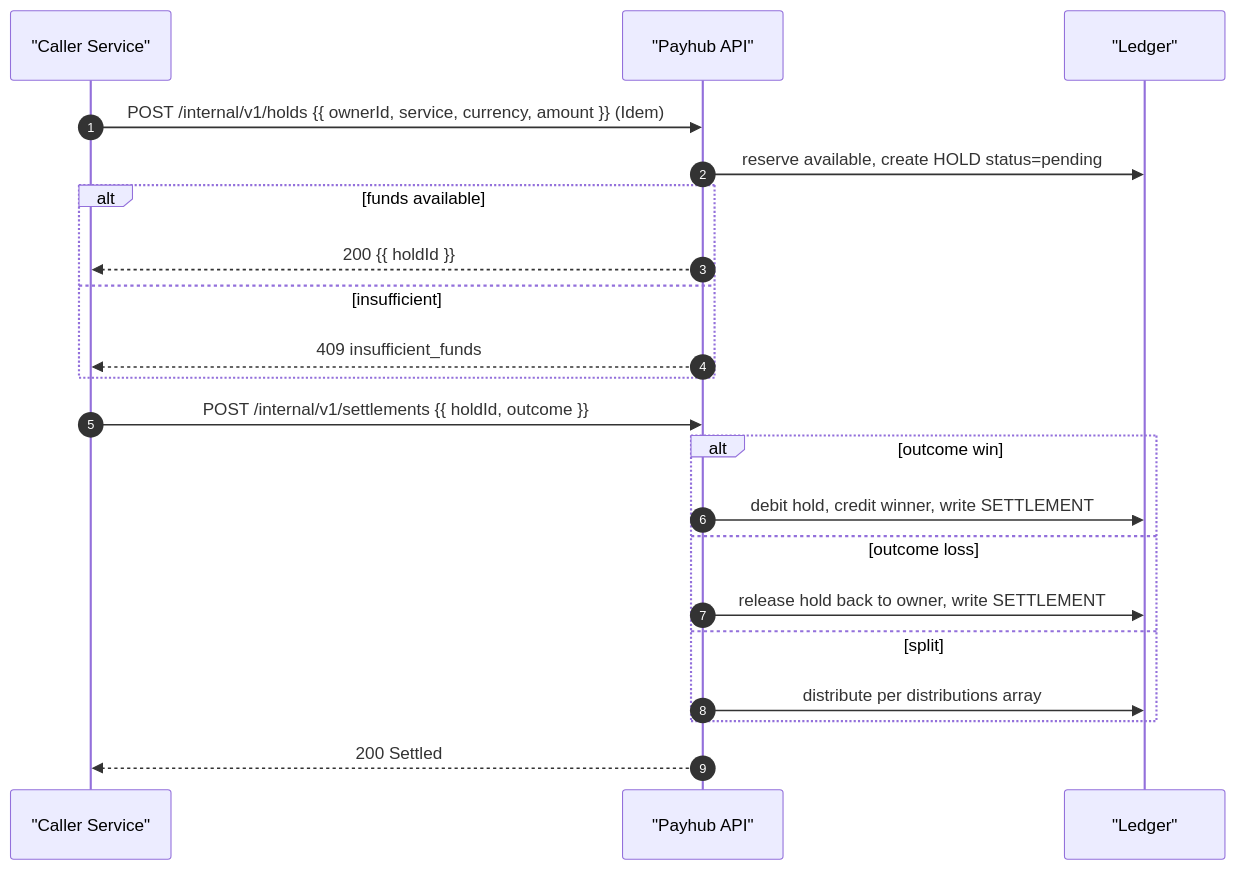
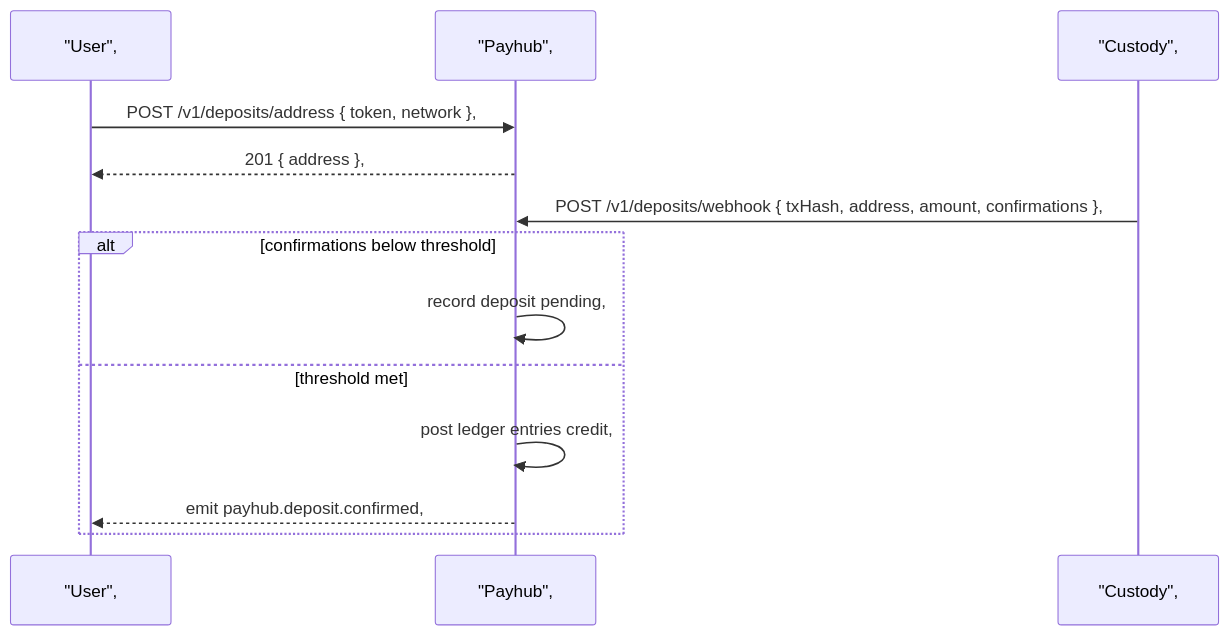
Before and after one commit to bkkac/tg-miniapp-payhub-service: the third of 7 diagrams in SystemDesign.md, drawn with Mermaid. The commit also changed other lines of this file, not shown here.

````diff
--- a/SystemDesign.md
+++ b/SystemDesign.md
@@ -484,23 +740,15 @@
 ```mermaid
 sequenceDiagram
-  autonumber
-  participant SVC as "Caller Service"
-  participant PH as "Payhub API"
-  participant L as "Ledger"
-  SVC->>PH: POST /internal/v1/holds {{ ownerId, service, currency, amount }} (Idem)
-  PH->>L: reserve available, create HOLD status=pending
-  alt funds available
-    PH-->>SVC: 200 {{ holdId }}
-  else insufficient
-    PH-->>SVC: 409 insufficient_funds
+  participant U as "User",
+  participant PH as "Payhub",
+  participant CU as "Custody",
+  U->>PH: POST /v1/deposits/address { token, network },
+  PH-->>U: 201 { address },
+  CU->>PH: POST /v1/deposits/webhook { txHash, address, amount, confirmations },
+  alt confirmations below threshold
+    PH->>PH: record deposit pending,
+  else threshold met
+    PH->>PH: post ledger entries credit,
+    PH-->>U: emit payhub.deposit.confirmed,
   end
-  SVC->>PH: POST /internal/v1/settlements {{ holdId, outcome }}
-  alt outcome win
-    PH->>L: debit hold, credit winner, write SETTLEMENT
-  else outcome loss
-    PH->>L: release hold back to owner, write SETTLEMENT
-  else split
-    PH->>L: distribute per distributions array
-  end
-  PH-->>SVC: 200 Settled
 ```
````
